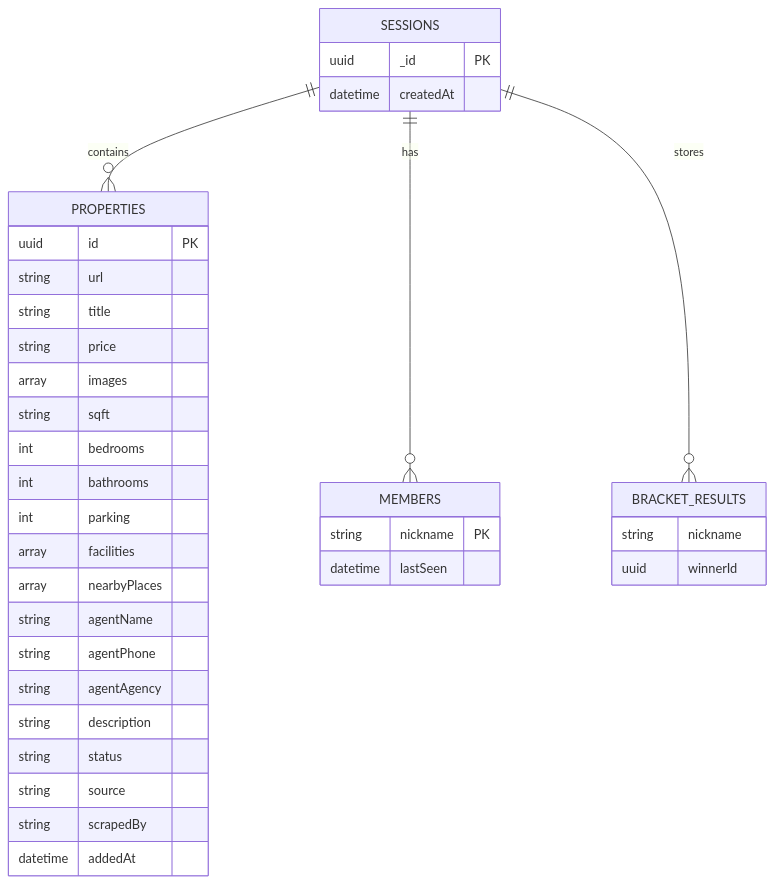
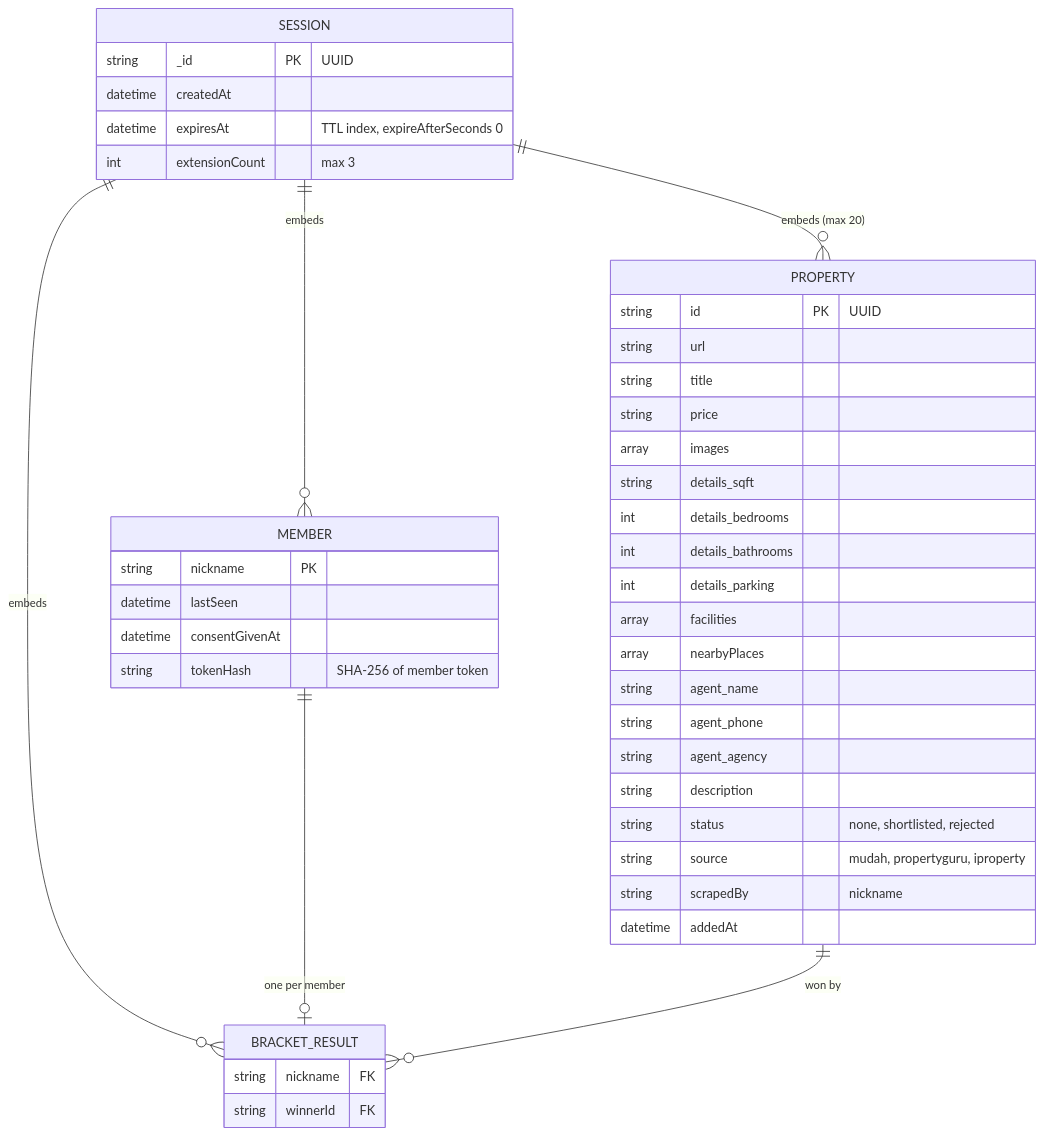
The eighth of 16 diagrams in portfolio-react/public/docs/surveyluhh.md (snsyaqirah/snsyaqirah.github.io), drawn with Mermaid before and after one commit. The commit also changed other lines of this file and 101 other files, not shown here.

````diff
--- a/portfolio-react/public/docs/surveyluhh.md
+++ b/portfolio-react/public/docs/surveyluhh.md
@@ -257,39 +300,45 @@
 ```mermaid
 erDiagram
-    SESSIONS {
-        uuid _id PK
+    SESSION {
+        string _id PK "UUID"
         datetime createdAt
+        datetime expiresAt "TTL index, expireAfterSeconds 0"
+        int extensionCount "max 3"
     }
-    PROPERTIES {
-        uuid id PK
+    PROPERTY {
+        string id PK "UUID"
         string url
         string title
         string price
         array images
-        string sqft
-        int bedrooms
-        int bathrooms
-        int parking
+        string details_sqft
+        int details_bedrooms
+        int details_bathrooms
+        int details_parking
         array facilities
         array nearbyPlaces
-        string agentName
-        string agentPhone
-        string agentAgency
+        string agent_name
+        string agent_phone
+        string agent_agency
         string description
-        string status
-        string source
-        string scrapedBy
+        string status "none, shortlisted, rejected"
+        string source "mudah, propertyguru, iproperty"
+        string scrapedBy "nickname"
         datetime addedAt
     }
-    MEMBERS {
+    MEMBER {
         string nickname PK
         datetime lastSeen
+        datetime consentGivenAt
+        string tokenHash "SHA-256 of member token"
     }
-    BRACKET_RESULTS {
-        string nickname
-        uuid winnerId
+    BRACKET_RESULT {
+        string nickname FK
+        string winnerId FK
     }
-    SESSIONS ||--o{ PROPERTIES : "contains"
-    SESSIONS ||--o{ MEMBERS : "has"
-    SESSIONS ||--o{ BRACKET_RESULTS : "stores"
+    SESSION ||--o{ PROPERTY : "embeds (max 20)"
+    SESSION ||--o{ MEMBER : "embeds"
+    SESSION ||--o{ BRACKET_RESULT : "embeds"
+    MEMBER ||--o| BRACKET_RESULT : "one per member"
+    PROPERTY ||--o{ BRACKET_RESULT : "won by"
 ```
````
